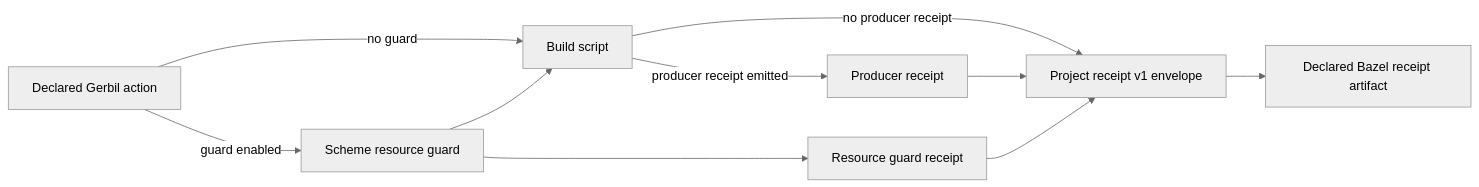
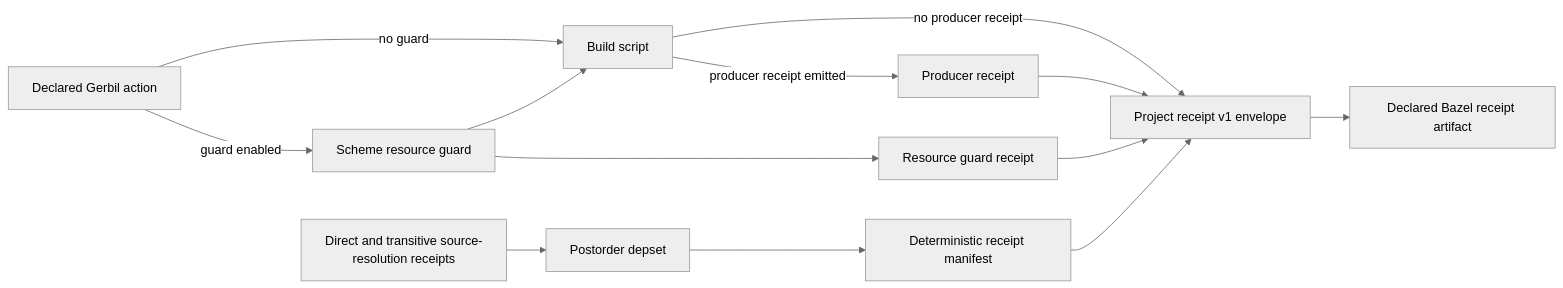
The first of 4 diagrams in docs/rfc/0004-project-receipt-v1-stability.org (tao3k/gerbil-bazel), drawn with Mermaid (neutral theme) before and after one commit. The commit also changed other lines of this file and 26 other files, not shown here.

```diff
--- a/docs/rfc/0004-project-receipt-v1-stability.org
+++ b/docs/rfc/0004-project-receipt-v1-stability.org
@@ -41,12 +45,15 @@
 #+begin_src mermaid
 flowchart LR
   A["Declared Gerbil action"] -->|"guard enabled"| B["Scheme resource guard"]
   A -->|"no guard"| C
   B --> C["Build script"]
   C -->|"producer receipt emitted"| D["Producer receipt"]
   C -->|"no producer receipt"| F
   B --> E["Resource guard receipt"]
   D --> F["Project receipt v1 envelope"]
   E --> F
+  H["Direct and transitive source-resolution receipts"] --> I["Postorder depset"]
+  I --> J["Deterministic receipt manifest"]
+  J --> F
   F --> G["Declared Bazel receipt artifact"]
 #+end_src
```
